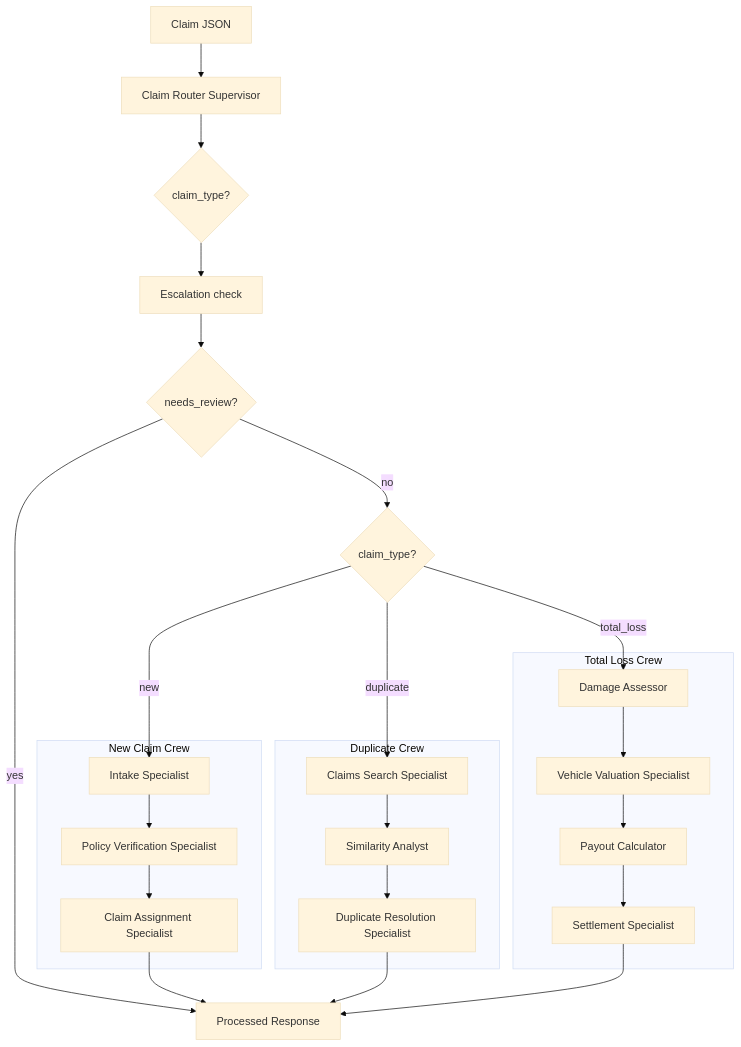
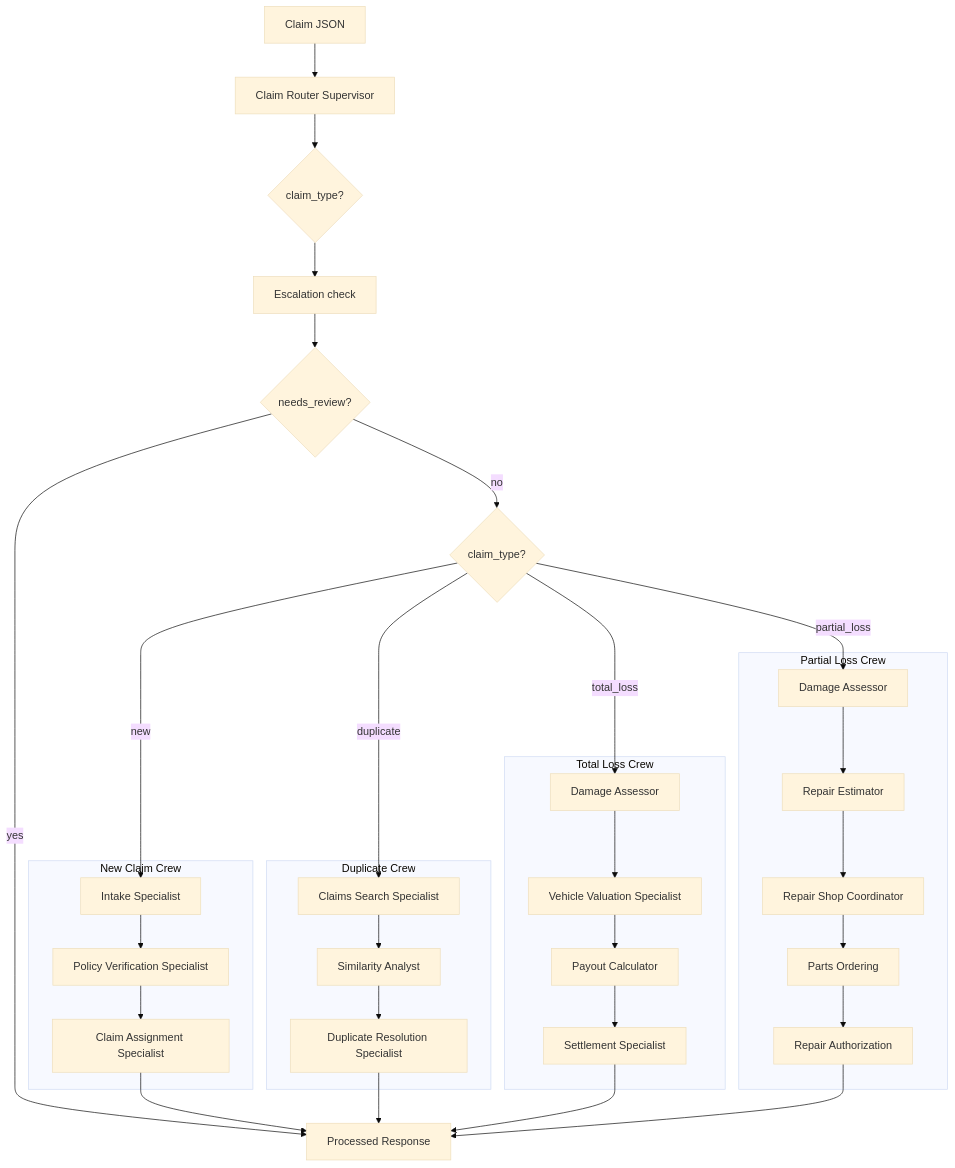
The diagram in README.md (csmangum/auto-agent), drawn with Mermaid (base theme) before and after one commit. The commit also changed other lines of this file, not shown here.

First line of the commit message:
Update README to include partial loss workflow details

````diff
--- a/README.md
+++ b/README.md
@@ -16,38 +17,49 @@
 ```mermaid
 flowchart TB
     A[Claim JSON] --> B[Claim Router Supervisor]
     B --> C{claim_type?}
     C --> D[Escalation check]
     D --> E{needs_review?}
     E -->|yes| G[Processed Response]
     E -->|no| H{claim_type?}
 
     subgraph New["New Claim Crew"]
         D1[Intake Specialist]
         D2[Policy Verification Specialist]
         D3[Claim Assignment Specialist]
         D1 --> D2 --> D3
     end
 
     subgraph Dup["Duplicate Crew"]
         E1[Claims Search Specialist]
         E2[Similarity Analyst]
         E3[Duplicate Resolution Specialist]
         E1 --> E2 --> E3
     end
 
     subgraph Total["Total Loss Crew"]
         F1[Damage Assessor]
         F2[Vehicle Valuation Specialist]
         F3[Payout Calculator]
         F4[Settlement Specialist]
         F1 --> F2 --> F3 --> F4
     end
 
+    subgraph Partial["Partial Loss Crew"]
+        P1[Damage Assessor]
+        P2[Repair Estimator]
+        P3[Repair Shop Coordinator]
+        P4[Parts Ordering]
+        P5[Repair Authorization]
+        P1 --> P2 --> P3 --> P4 --> P5
+    end
+
     H -->|new| D1
     H -->|duplicate| E1
     H -->|total_loss| F1
+    H -->|partial_loss| P1
     D3 --> G
     E3 --> G
     F4 --> G
+    P5 --> G
 ```
````
